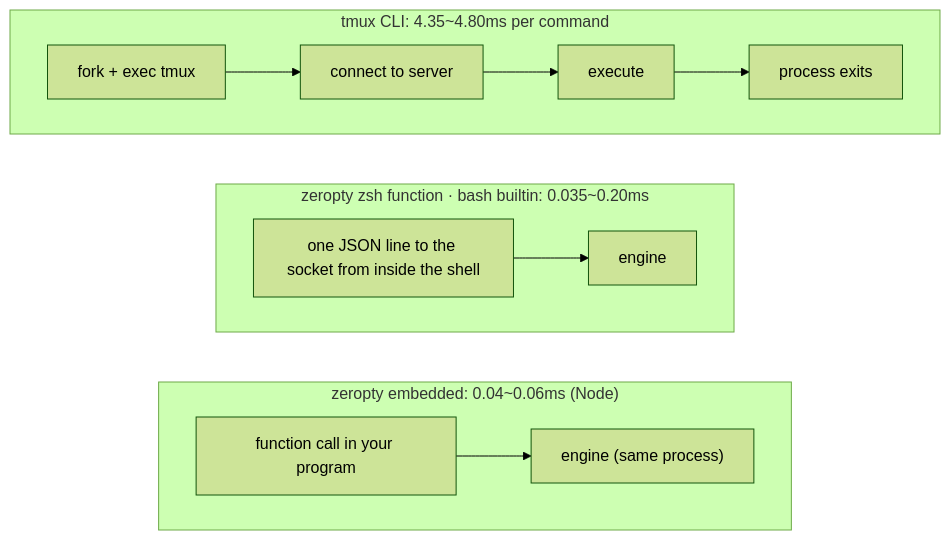
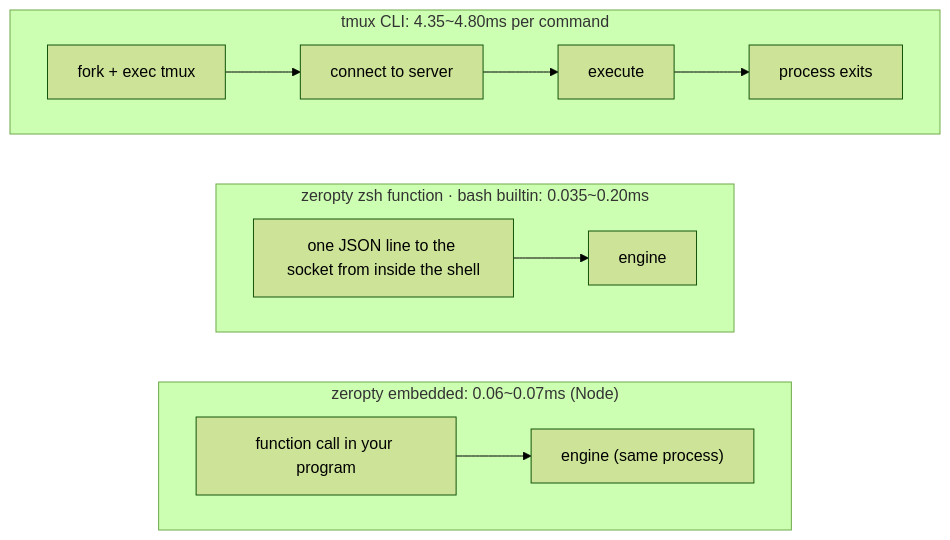
One commit to CreatiCoding/zeropty changed the fifth of 5 diagrams in docs/DESIGN.md. Above: the diagram before and after it, drawn with Mermaid (forest theme). The commit also changed other lines of this file and 32 other files, not shown here.

````diff
--- a/docs/DESIGN.md
+++ b/docs/DESIGN.md
@@ -162,16 +162,16 @@
 ```mermaid
 flowchart TB
   subgraph tmux["tmux CLI: 4.35~4.80ms per command"]
     direction LR
     t1["fork + exec tmux"] --> t2["connect to server"] --> t3["execute"] --> t4["process exits"]
   end
   subgraph zsh["zeropty zsh function · bash builtin: 0.035~0.20ms"]
     direction LR
     z1["one JSON line to the socket from inside the shell"] --> z2["engine"]
   end
-  subgraph emb["zeropty embedded: 0.04~0.06ms (Node)"]
+  subgraph emb["zeropty embedded: 0.06~0.07ms (Node)"]
     direction LR
     e1["function call in your program"] --> e2["engine (same process)"]
   end
   tmux ~~~ zsh ~~~ emb
 ```
````
